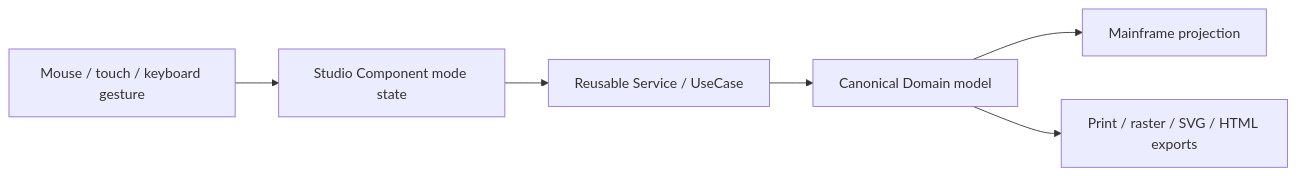
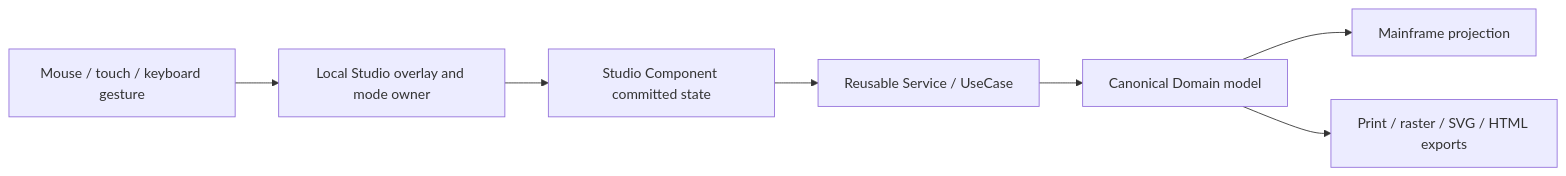
One commit to Michi0403/BlazorPublisher changed the diagram in PublisherStudio/docs/architecture/media-gesture-editing.md. Above: the diagram before and after it, drawn with Mermaid. The commit also changed other lines of this file and 23 other files, not shown here.

````diff
--- a/PublisherStudio/docs/architecture/media-gesture-editing.md
+++ b/PublisherStudio/docs/architecture/media-gesture-editing.md
@@ -3,8 +3,9 @@
 ```mermaid
 flowchart LR
-    G[Mouse / touch / keyboard gesture] --> C[Studio Component mode state]
+    G[Mouse / touch / keyboard gesture] --> O[Local Studio overlay and mode owner]
+    O --> C[Studio Component committed state]
     C --> U[Reusable Service / UseCase]
     U --> D[Canonical Domain model]
     D --> M[Mainframe projection]
     D --> E[Print / raster / SVG / HTML exports]
 ```
````
